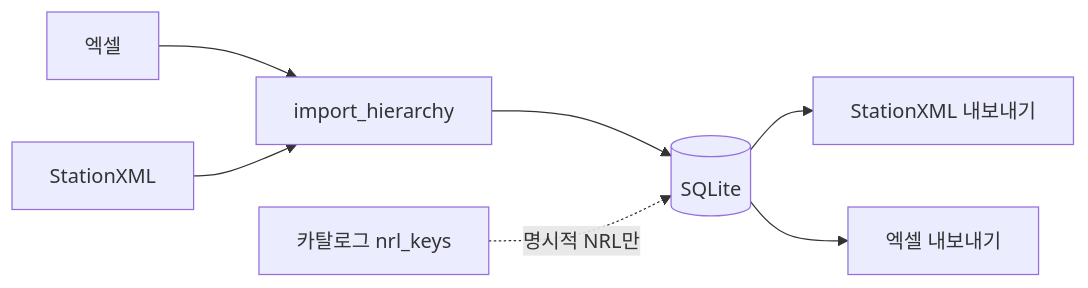
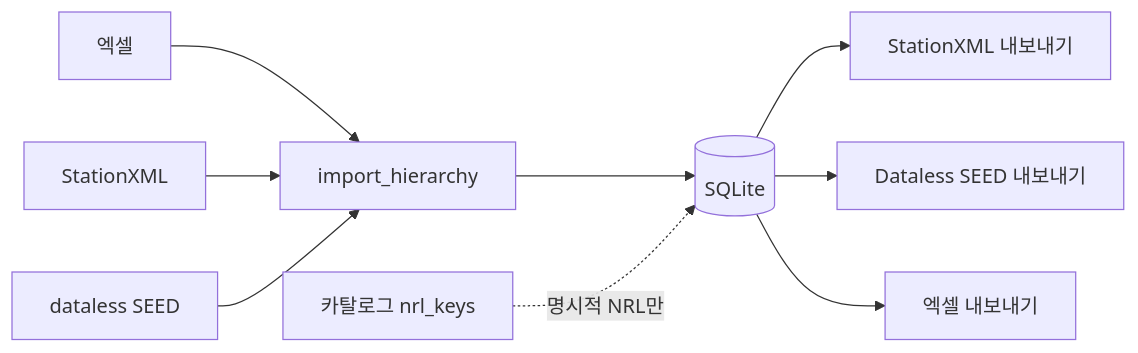
Before and after one commit to kerc-bikim/dev: the second of 2 diagrams in stationxml_manager/README.md, drawn with Mermaid. The commit also changed other lines of this file and 23 other files, not shown here.

First line of the commit message:
Add response curves, Poles/Zeros editing, and dataless SEED I/O.

````diff
--- a/stationxml_manager/README.md
+++ b/stationxml_manager/README.md
@@ -220,9 +223,11 @@
 ```mermaid
 flowchart LR
   XLSX[엑셀] --> IMP[import_hierarchy]
   XML[StationXML] --> IMP
+  SEED[dataless SEED] --> IMP
   IMP --> DB[(SQLite)]
   DB --> OUTXML[StationXML 내보내기]
+  DB --> OUTSEED[Dataless SEED 내보내기]
   DB --> OUTXLS[엑셀 내보내기]
   CAT[카탈로그 nrl_keys] -.->|명시적 NRL만| DB
 ```
````
